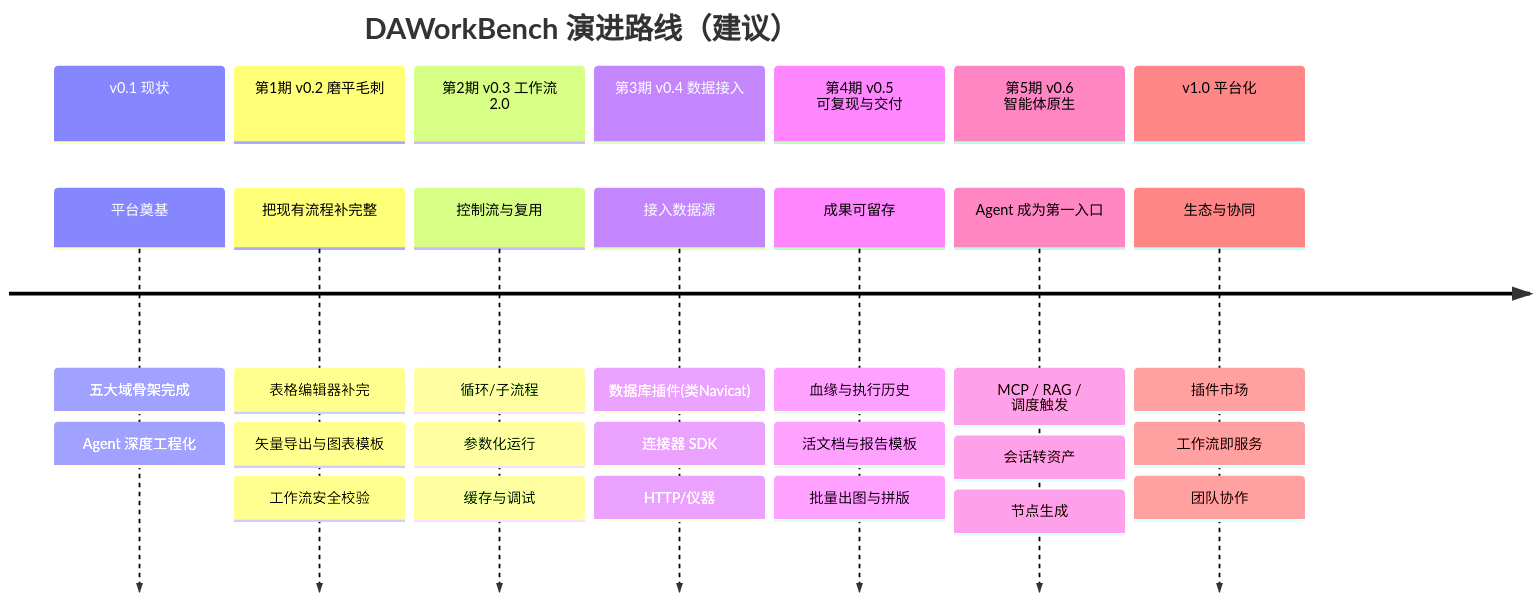
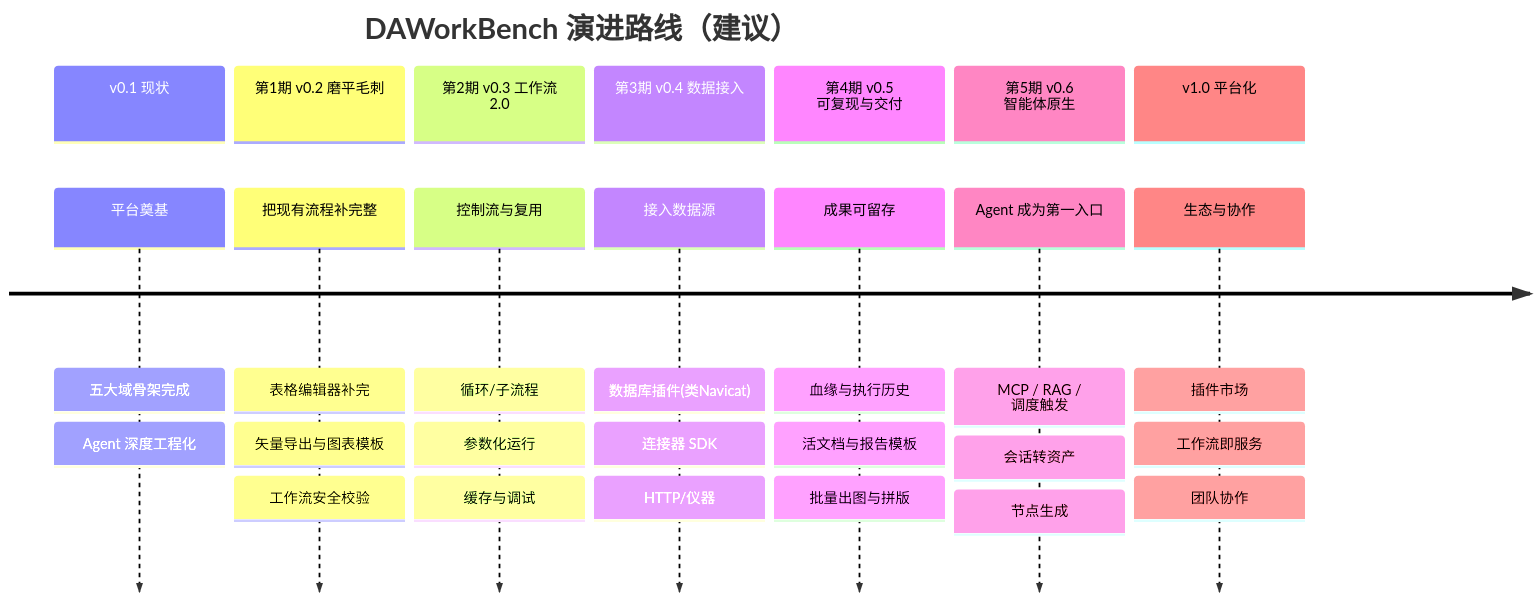
Before and after one commit to czyt1988/data-workbench: the seventh of 16 diagrams in docs/zh/roadmap.md, drawn with Mermaid. The commit also changed other lines of this file and 55 other files, not shown here.

````diff
--- a/docs/zh/roadmap.md
+++ b/docs/zh/roadmap.md
@@ -456,18 +456,18 @@
 ```mermaid
 timeline
     title DAWorkBench 演进路线（建议）
     section v0.1 现状
         平台奠基 : 五大域骨架完成 : Agent 深度工程化
     section 第1期 v0.2 磨平毛刺
         把现有流程补完整 : 表格编辑器补完 : 矢量导出与图表模板 : 工作流安全校验
     section 第2期 v0.3 工作流 2.0
         控制流与复用 : 循环/子流程 : 参数化运行 : 缓存与调试
     section 第3期 v0.4 数据接入
         接入数据源 : 数据库插件(类Navicat) : 连接器 SDK : HTTP/仪器
     section 第4期 v0.5 可复现与交付
         成果可留存 : 血缘与执行历史 : 活文档与报告模板 : 批量出图与拼版
     section 第5期 v0.6 智能体原生
         Agent 成为第一入口 : MCP / RAG / 调度触发 : 会话转资产 : 节点生成
     section v1.0 平台化
-        生态与协同 : 插件市场 : 工作流即服务 : 团队协作
+        生态与协作 : 插件市场 : 工作流即服务 : 团队协作
 ```
````
